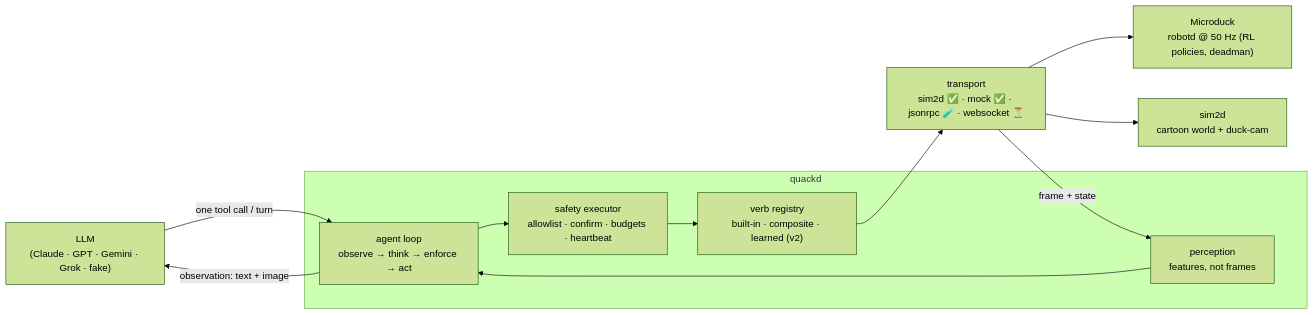
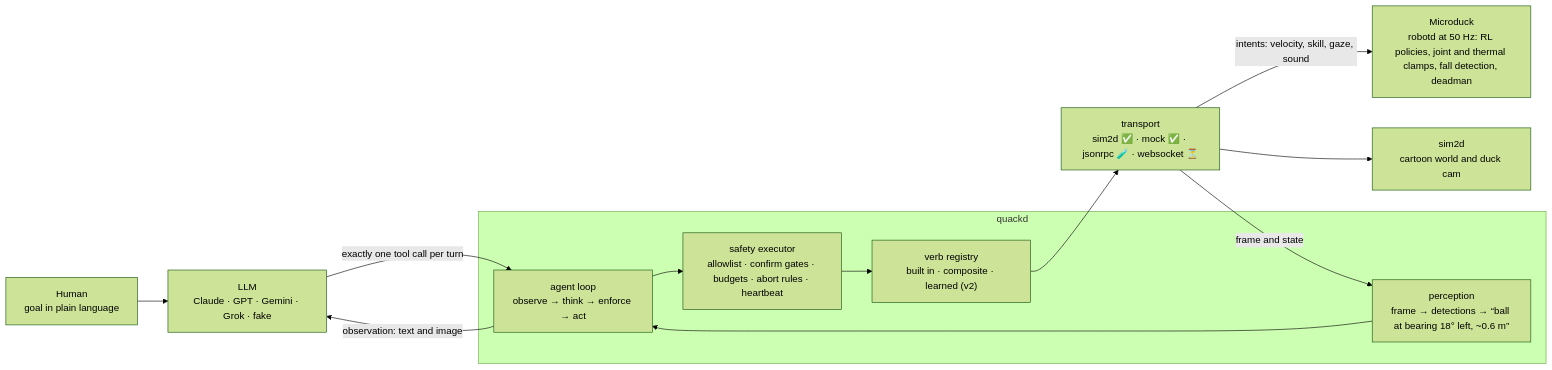
One commit to gianlucamazza/quackd changed the second of 3 diagrams in README.md. Above: the diagram before and after it, drawn with Mermaid (forest theme). The commit also changed other lines of this file and 7 other files, not shown here.

First line of the commit message:
docs: README house style, Mermaid architecture, Microduck-like logo

````diff
--- a/README.md
+++ b/README.md
@@ -164,19 +141,21 @@
 ```mermaid
 flowchart LR
-    LLM["LLM<br/>(Claude · GPT · Gemini · Grok · fake)"]
+    HUMAN["Human<br/>goal in plain language"]
+    LLM["LLM<br/>Claude · GPT · Gemini · Grok · fake"]
     subgraph quackd
         LOOP["agent loop<br/>observe → think → enforce → act"]
-        EXEC["safety executor<br/>allowlist · confirm · budgets · heartbeat"]
-        VERBS["verb registry<br/>built-in · composite · learned (v2)"]
-        PERC["perception<br/>features, not frames"]
+        EXEC["safety executor<br/>allowlist · confirm gates · budgets · abort rules · heartbeat"]
+        VERBS["verb registry<br/>built in · composite · learned (v2)"]
+        PERC["perception<br/>frame → detections → “ball at bearing 18° left, ~0.6 m”"]
     end
     TRANSPORT["transport<br/>sim2d ✅ · mock ✅ · jsonrpc 🧪 · websocket ⏳"]
-    ROBOT["Microduck<br/>robotd @ 50 Hz (RL policies, deadman)"]
-    SIM["sim2d<br/>cartoon world + duck-cam"]
-    LLM -- "one tool call / turn" --> LOOP
+    ROBOT["Microduck<br/>robotd at 50 Hz: RL policies, joint and thermal clamps, fall detection, deadman"]
+    SIM["sim2d<br/>cartoon world and duck cam"]
+    HUMAN --> LLM
+    LLM -- "exactly one tool call per turn" --> LOOP
     LOOP --> EXEC --> VERBS --> TRANSPORT
-    TRANSPORT --> ROBOT
+    TRANSPORT -- "intents: velocity, skill, gaze, sound" --> ROBOT
     TRANSPORT --> SIM
-    TRANSPORT -- "frame + state" --> PERC --> LOOP
-    LOOP -- "observation: text + image" --> LLM
+    TRANSPORT -- "frame and state" --> PERC --> LOOP
+    LOOP -- "observation: text and image" --> LLM
 ```
````
